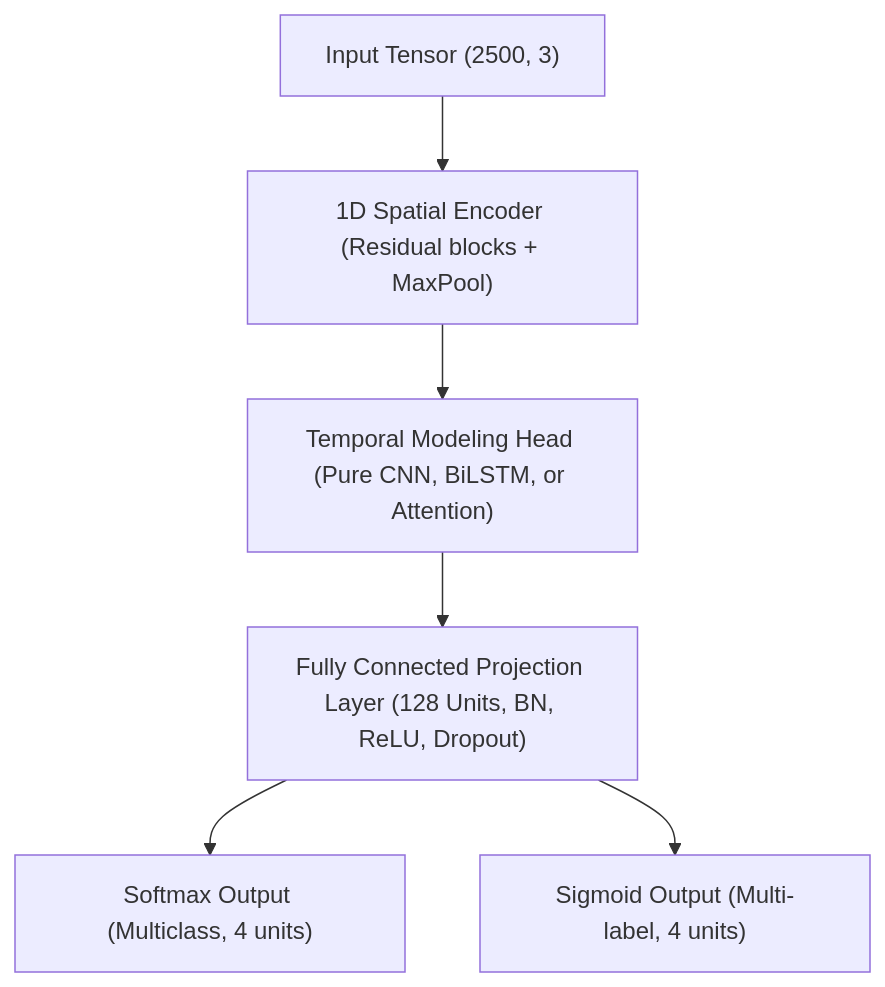
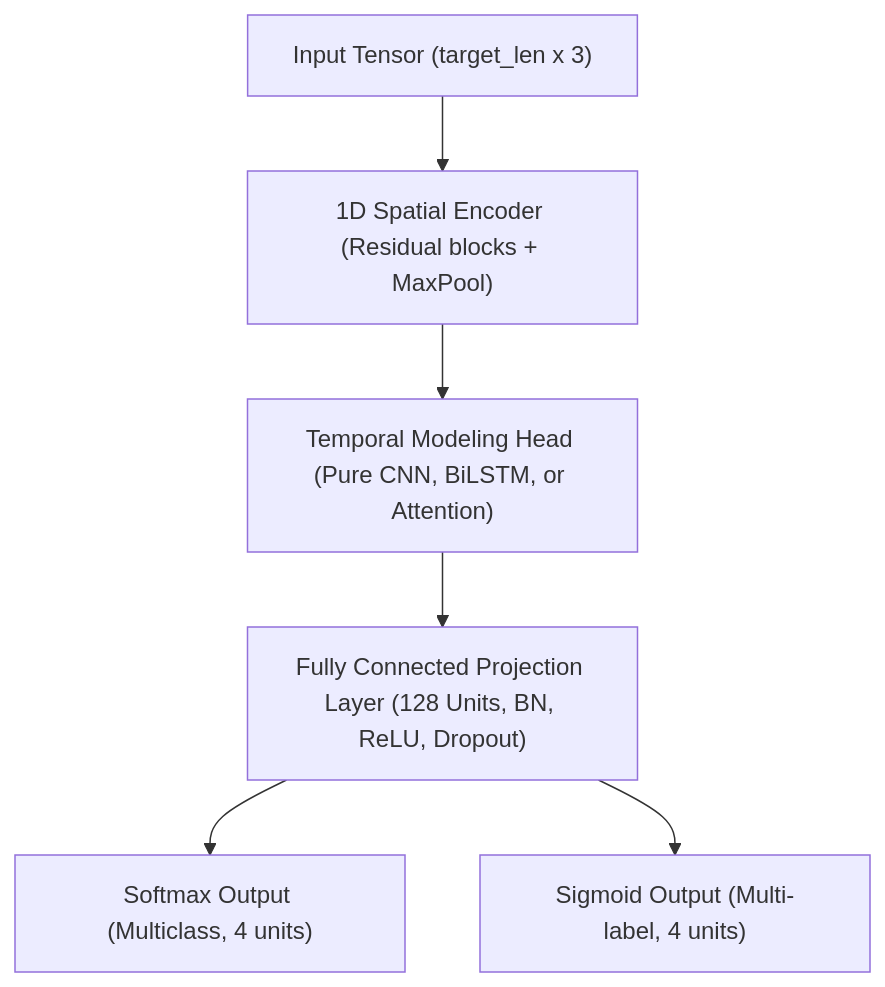
One commit to muhffikkri/arrhythmia-detection-1d-cnn changed the diagram in docs/architecture.md. Above: the diagram before and after it, drawn with Mermaid. The commit also changed other lines of this file and 7 other files, not shown here.

````diff
--- a/docs/architecture.md
+++ b/docs/architecture.md
@@ -17,8 +21,8 @@
 ```mermaid
 graph TD
-    Input["Input Tensor (2500, 3)"] --> Spatial["1D Spatial Encoder (Residual blocks + MaxPool)"]
+    Input["Input Tensor (target_len x 3)"] --> Spatial["1D Spatial Encoder (Residual blocks + MaxPool)"]
     Spatial --> Temporal["Temporal Modeling Head (Pure CNN, BiLSTM, or Attention)"]
     Temporal --> FC["Fully Connected Projection Layer (128 Units, BN, ReLU, Dropout)"]
     FC --> OutSoftmax["Softmax Output (Multiclass, 4 units)"]
     FC --> OutSigmoid["Sigmoid Output (Multi-label, 4 units)"]
 ```
````
